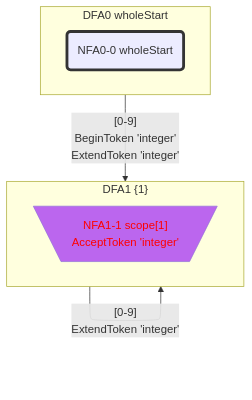
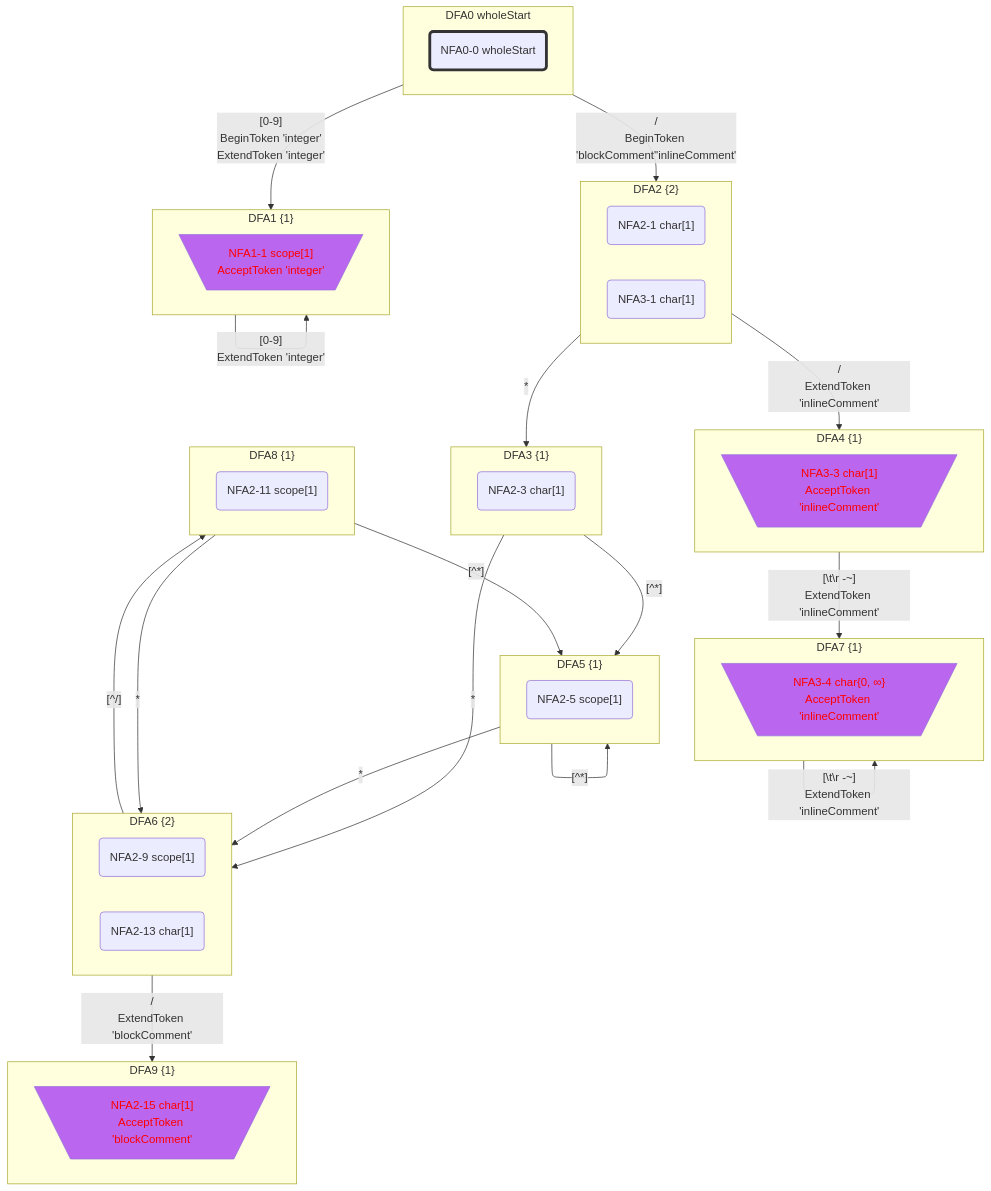
One commit to bitzhuwei/GrammarMentor changed the fourth of 7 diagrams in Practices/Practice.GeneratedXxxFormat.Test/GeneratedInts/doc/LexicalStates.gen.md. Above: the diagram before and after it, drawn with Mermaid. The commit also changed other lines of this file and 3868 other files, not shown here.

````diff
--- a/Practices/Practice.GeneratedXxxFormat.Test/GeneratedInts/doc/LexicalStates.gen.md
+++ b/Practices/Practice.GeneratedXxxFormat.Test/GeneratedInts/doc/LexicalStates.gen.md
@@ -166,20 +471,73 @@
 classDef c1101 stroke:#333,stroke-width:4px,fill:#BB66EE,color:#FF0000;
 classDef c1110 stroke:#333,stroke-width:4px,fill:#BB66EE,stroke-dasharray: 10 10;
 classDef c1111 stroke:#333,stroke-width:4px,fill:#BB66EE,stroke-dasharray: 10 10,color:#FF0000;
-subgraph DFA0_774839393["DFA0 wholeStart"]
-NFA0_0_63739581_0("NFA0-0 wholeStart")
-class NFA0_0_63739581_0 c1000;
+subgraph DFA0_879766078["DFA0 wholeStart"]
+NFA0_0_49957660_0("NFA0-0 wholeStart")
+class NFA0_0_49957660_0 c1000;
 end
-class DFA0_774839393 c1000;
-subgraph DFA1_1542509584["DFA1 {1}"]
-NFA1_1_21995256_1[\"NFA1-1 scope[1]
+class DFA0_879766078 c1000;
+subgraph DFA1_-1410976644["DFA1 {1}"]
+NFA1_1_57746634_1[\"NFA1-1 scope[1]
 AcceptToken 'integer'"/]
-class NFA1_1_21995256_1 c0101;
+class NFA1_1_57746634_1 c0101;
 end
-class DFA1_1542509584 c0101;
-DFA0_774839393 -->|"[0-9]
+class DFA1_-1410976644 c0101;
+subgraph DFA2_320235872["DFA2 {2}"]
+NFA2_1_46965764_2("NFA2-1 char[1]")
+NFA3_1_20038698_3("NFA3-1 char[1]")
+end
+subgraph DFA3_1968006229["DFA3 {1}"]
+NFA2_3_12521852_4("NFA2-3 char[1]")
+end
+subgraph DFA4_-322686605["DFA4 {1}"]
+NFA3_3_46130559_5[\"NFA3-3 char[1]
+AcceptToken 'inlineComment'"/]
+class NFA3_3_46130559_5 c0101;
+end
+class DFA4_-322686605 c0101;
+subgraph DFA5_-2052777702["DFA5 {1}"]
+NFA2_5_7637115_6("NFA2-5 scope[1]")
+end
+subgraph DFA6_820711853["DFA6 {2}"]
+NFA2_9_45587811_7("NFA2-9 scope[1]")
+NFA2_13_1625174_8("NFA2-13 char[1]")
+end
+subgraph DFA7_-2085538696["DFA7 {1}"]
+NFA3_4_14626574_9[\"NFA3-4 char{0, ∞}
+AcceptToken 'inlineComment'"/]
+class NFA3_4_14626574_9 c0101;
+end
+class DFA7_-2085538696 c0101;
+subgraph DFA8_-897030992["DFA8 {1}"]
+NFA2_11_43901854_10("NFA2-11 scope[1]")
+end
+subgraph DFA9_-122808567["DFA9 {1}"]
+NFA2_15_64530307_11[\"NFA2-15 char[1]
+AcceptToken 'blockComment'"/]
+class NFA2_15_64530307_11 c0101;
+end
+class DFA9_-122808567 c0101;
+DFA0_879766078 -->|"[0-9]
 BeginToken 'integer'
-ExtendToken 'integer'"|DFA1_1542509584
-DFA1_1542509584 -->|"[0-9]
-ExtendToken 'integer'"|DFA1_1542509584
+ExtendToken 'integer'"|DFA1_-1410976644
+DFA0_879766078 -->|"/
+BeginToken 'blockComment''inlineComment'"|DFA2_320235872
+DFA1_-1410976644 -->|"[0-9]
+ExtendToken 'integer'"|DFA1_-1410976644
+DFA2_320235872 -->|"*"|DFA3_1968006229
+DFA2_320235872 -->|"/
+ExtendToken 'inlineComment'"|DFA4_-322686605
+DFA3_1968006229 -->|"[^*]"|DFA5_-2052777702
+DFA3_1968006229 -->|"*"|DFA6_820711853
+DFA4_-322686605 -->|"[#92;t#92;r#32;-~]
+ExtendToken 'inlineComment'"|DFA7_-2085538696
+DFA5_-2052777702 -->|"[^*]"|DFA5_-2052777702
+DFA5_-2052777702 -->|"*"|DFA6_820711853
+DFA6_820711853 -->|"[^/]"|DFA8_-897030992
+DFA6_820711853 -->|"/
+ExtendToken 'blockComment'"|DFA9_-122808567
+DFA7_-2085538696 -->|"[#92;t#92;r#32;-~]
+ExtendToken 'inlineComment'"|DFA7_-2085538696
+DFA8_-897030992 -->|"[^*]"|DFA5_-2052777702
+DFA8_-897030992 -->|"*"|DFA6_820711853
 ```
````
